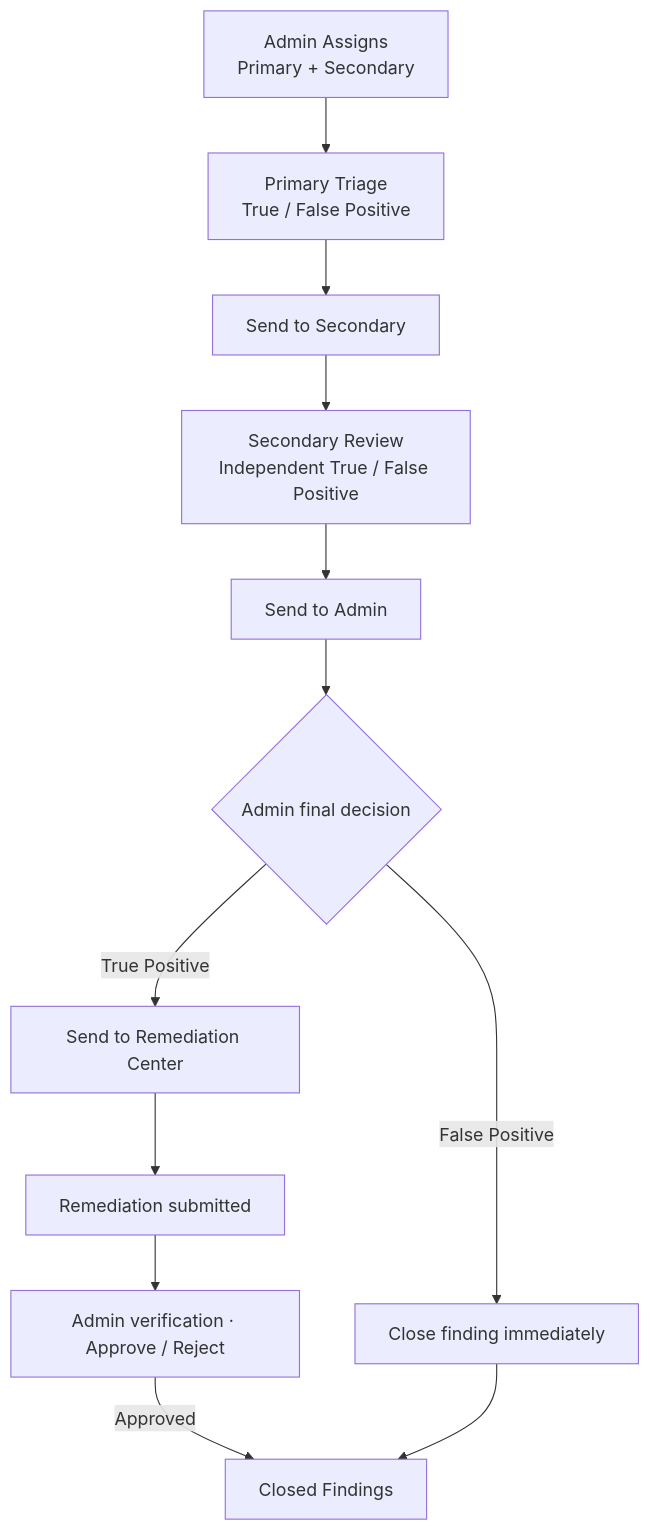
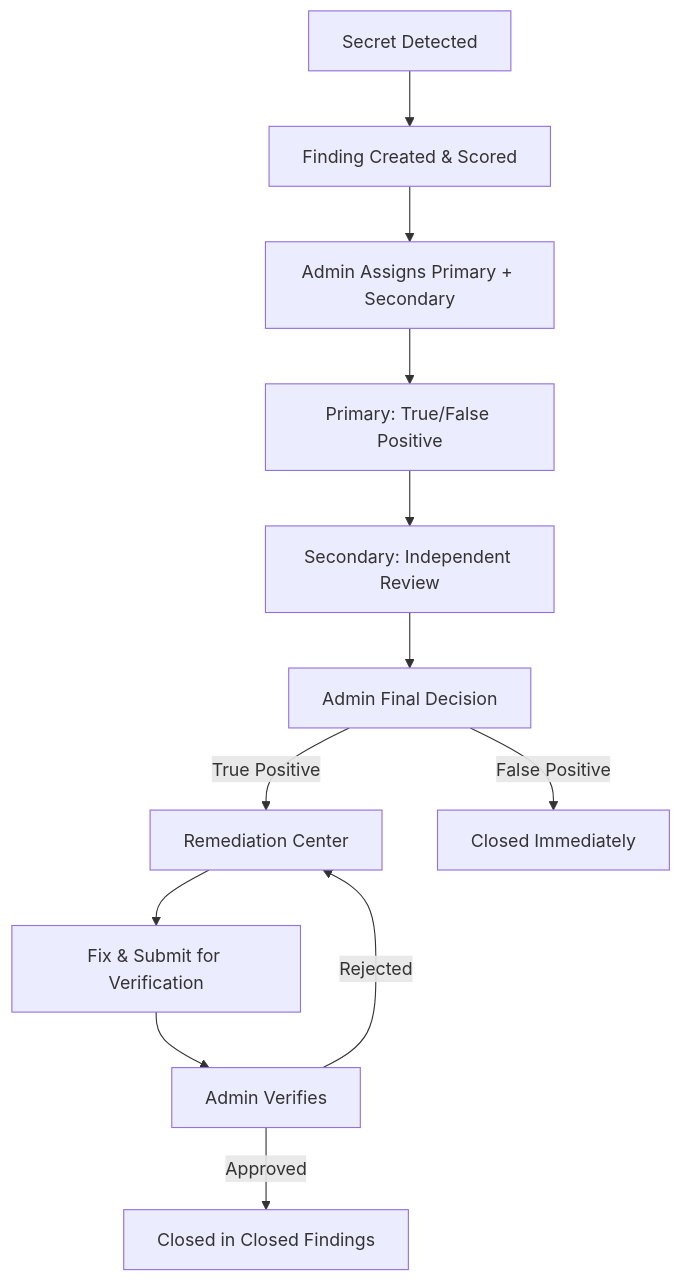
One commit to r4tnadeepbose/SENTRIX changed the diagram in README.md. Above: the diagram before and after it, drawn with Mermaid. The commit also changed other lines of this file, not shown here.

````diff
--- a/README.md
+++ b/README.md
@@ -647,14 +135,14 @@
 ```mermaid
 flowchart TD
-    A[Admin Assigns<br/>Primary + Secondary] --> B[Primary Triage<br/>True / False Positive]
-    B --> C[Send to Secondary]
-    C --> D[Secondary Review<br/>Independent True / False Positive]
-    D --> E[Send to Admin]
-    E --> F{Admin final decision}
-    F -- True Positive --> G[Send to Remediation Center]
-    G --> H[Remediation submitted]
-    H --> I[Admin verification · Approve / Reject]
-    I -- Approved --> J[Closed Findings]
-    F -- False Positive --> K[Close finding immediately]
-    K --> J
+    A[Secret Detected] --> B[Finding Created & Scored]
+    B --> C[Admin Assigns Primary + Secondary]
+    C --> D[Primary: True/False Positive]
+    D --> E[Secondary: Independent Review]
+    E --> F[Admin Final Decision]
+    F -- True Positive --> G[Remediation Center]
+    F -- False Positive --> H[Closed Immediately]
+    G --> I[Fix & Submit for Verification]
+    I --> J[Admin Verifies]
+    J -- Approved --> K[Closed in Closed Findings]
+    J -- Rejected --> G
 ```
````
